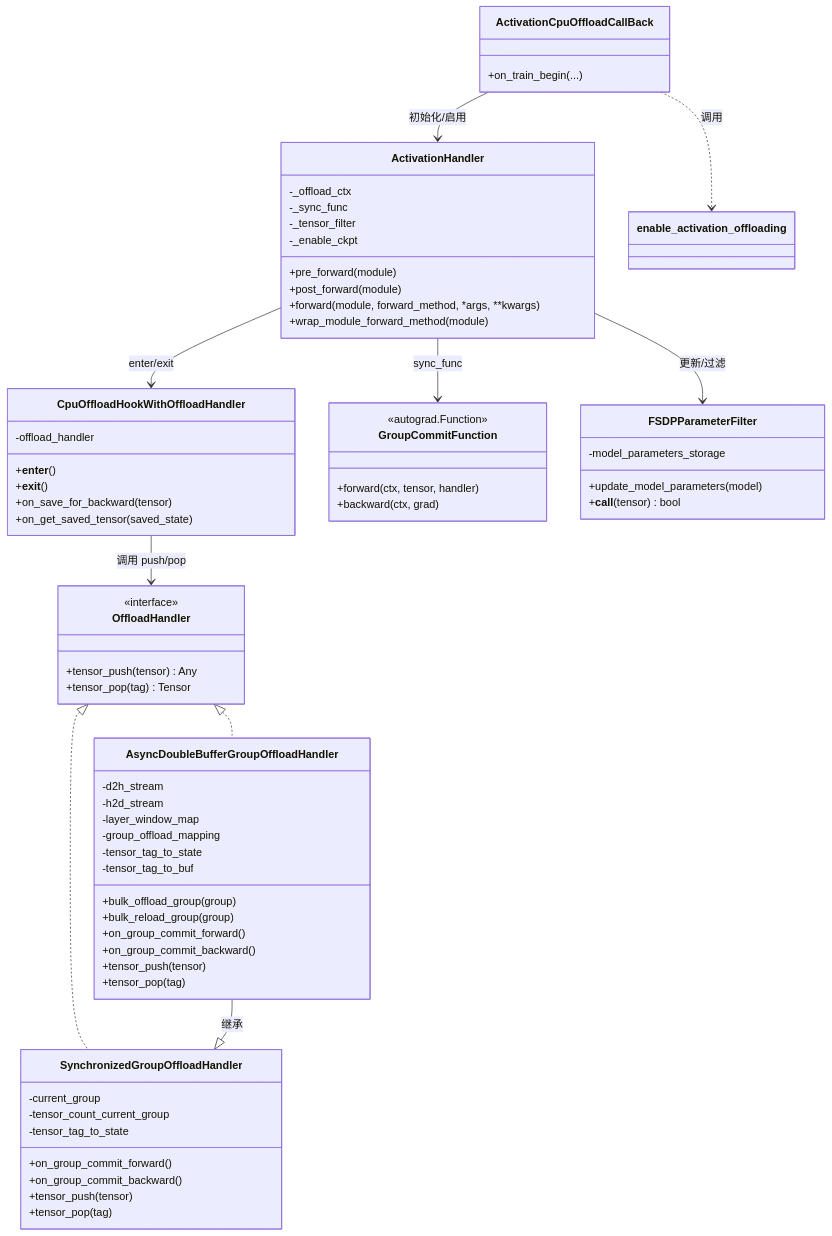
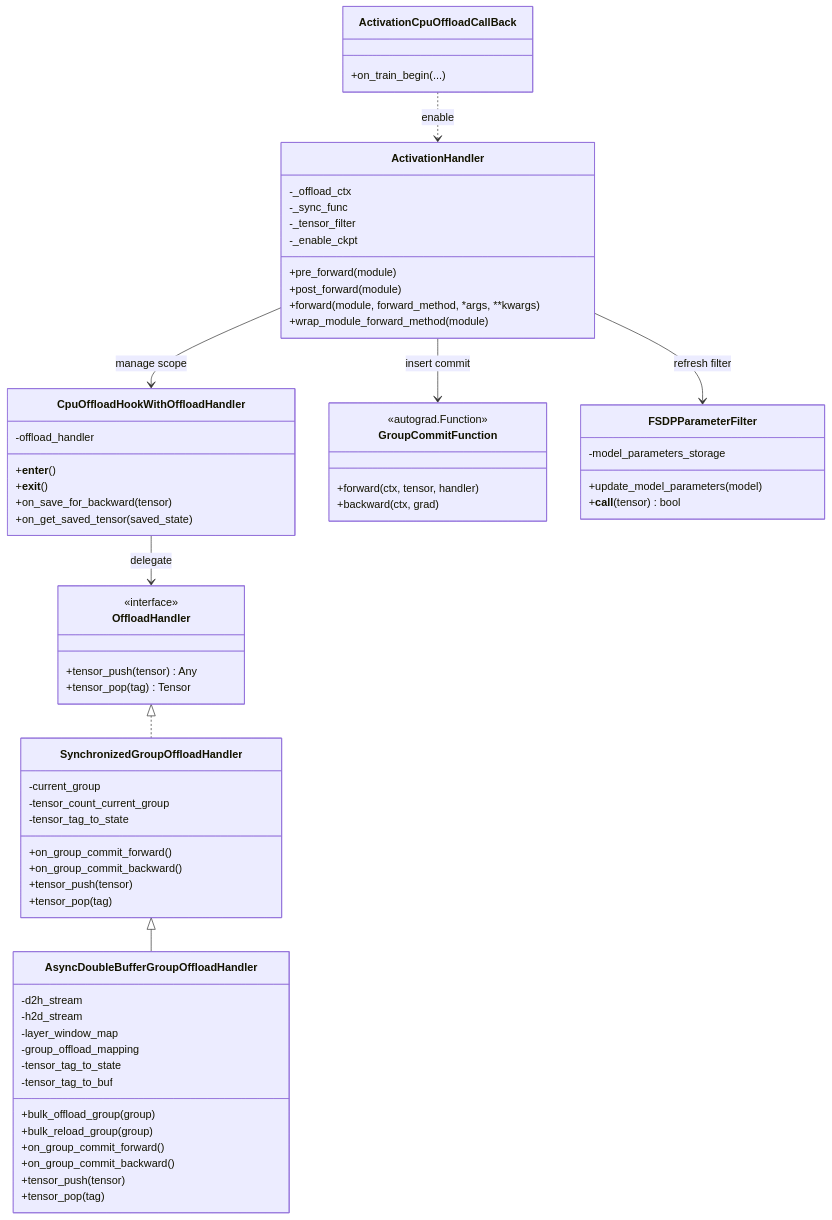
The second of 2 diagrams in activation_offload.md (tpx818/ms-swift), drawn with Mermaid before and after one commit. The commit also changed other lines of this file, not shown here.

````diff
--- a/activation_offload.md
+++ b/activation_offload.md
@@ -658,17 +291,11 @@
     +__call__(tensor) bool
   }
 
-  ActivationCpuOffloadCallBack --> ActivationHandler : 初始化/启用
-  ActivationCpuOffloadCallBack ..> enable_activation_offloading : 调用
-
-  ActivationHandler --> CpuOffloadHookWithOffloadHandler : enter/exit
-  ActivationHandler --> FSDPParameterFilter : 更新/过滤
-  ActivationHandler --> GroupCommitFunction : sync_func
-
-  CpuOffloadHookWithOffloadHandler --> OffloadHandler : 调用 push/pop
-
+  ActivationCpuOffloadCallBack ..> ActivationHandler : enable
+  ActivationHandler --> CpuOffloadHookWithOffloadHandler : manage scope
+  ActivationHandler --> FSDPParameterFilter : refresh filter
+  ActivationHandler --> GroupCommitFunction : insert commit
+  CpuOffloadHookWithOffloadHandler --> OffloadHandler : delegate
   OffloadHandler <|.. SynchronizedGroupOffloadHandler
-  OffloadHandler <|.. AsyncDoubleBufferGroupOffloadHandler
-
-  AsyncDoubleBufferGroupOffloadHandler --|> SynchronizedGroupOffloadHandler : 继承
+  SynchronizedGroupOffloadHandler <|-- AsyncDoubleBufferGroupOffloadHandler
 ```
````
